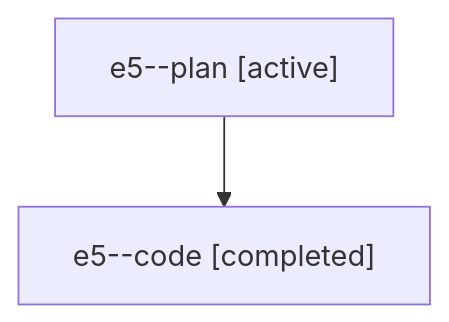
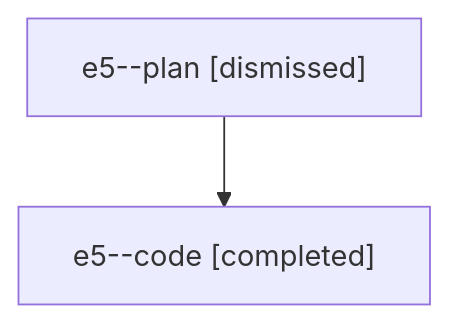
One commit to sase-org/sase--agents changed the diagram in sessions/bbugyi200.athena.e5.md. Above: the diagram before and after it, drawn with Mermaid. The commit also changed other lines of this file and 36 other files, not shown here.

````diff
--- a/sessions/bbugyi200.athena.e5.md
+++ b/sessions/bbugyi200.athena.e5.md
@@ -9,6 +9,6 @@
 ```mermaid
 flowchart TD
-  n0["e5--plan [active]"]
+  n0["e5--plan [dismissed]"]
   n1["e5--code [completed]"]
   n0 --> n1
 ```
````
